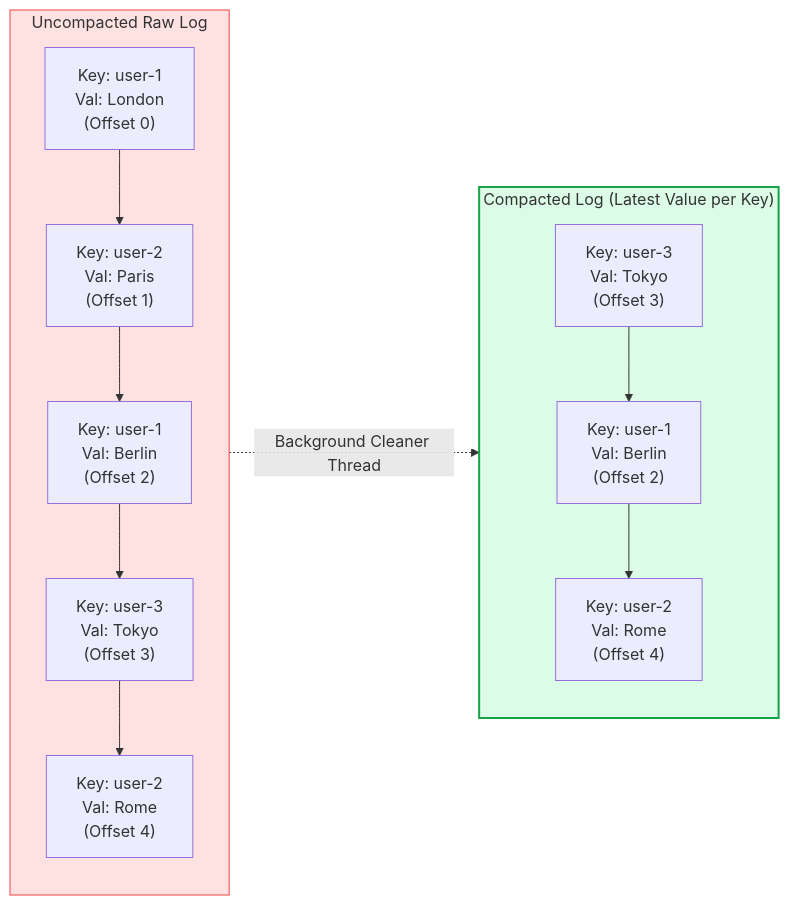
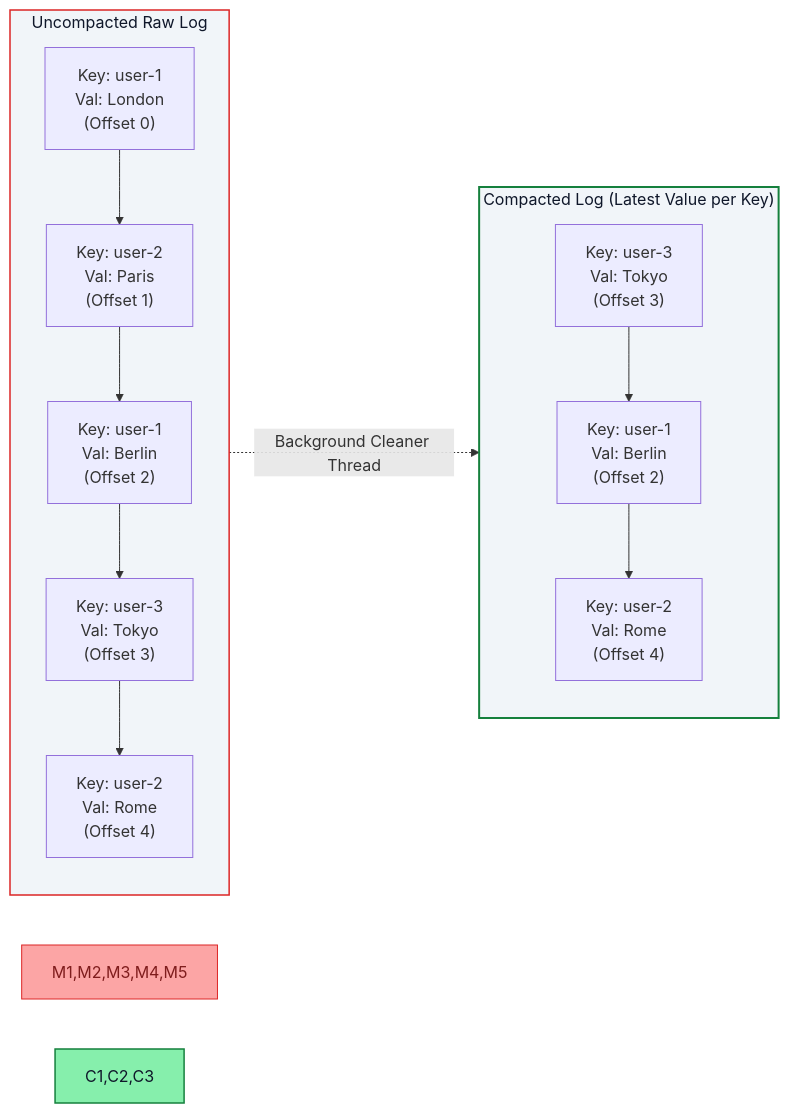
One commit to PandeyKishan/Study-Notes changed the third of 4 diagrams in 03-Apache-Kafka/04-KRaft-Schema-Registry-and-Streams.md. Above: the diagram before and after it, drawn with Mermaid. The commit also changed other lines of this file and 22 other files, not shown here.

Commit message:
docs: enhance diagram visibility with high-contrast palette and add concise book definitions

````diff
--- a/03-Apache-Kafka/04-KRaft-Schema-Registry-and-Streams.md
+++ b/03-Apache-Kafka/04-KRaft-Schema-Registry-and-Streams.md
@@ -157,23 +169,25 @@
 ```mermaid
 flowchart LR
     subgraph Dirty_Log["Uncompacted Raw Log"]
         M1["Key: user-1\nVal: London\n(Offset 0)"]
         M2["Key: user-2\nVal: Paris\n(Offset 1)"]
         M3["Key: user-1\nVal: Berlin\n(Offset 2)"]
         M4["Key: user-3\nVal: Tokyo\n(Offset 3)"]
         M5["Key: user-2\nVal: Rome\n(Offset 4)"]
         M1 --> M2 --> M3 --> M4 --> M5
     end
 
     subgraph Clean_Log["Compacted Log (Latest Value per Key)"]
         C1["Key: user-3\nVal: Tokyo\n(Offset 3)"]
         C2["Key: user-1\nVal: Berlin\n(Offset 2)"]
         C3["Key: user-2\nVal: Rome\n(Offset 4)"]
         C1 --> C2 --> C3
     end
 
     Dirty_Log -.->|Background Cleaner Thread| Clean_Log
 
-    style Dirty_Log fill:#fee2e2,stroke:#ef4444,stroke-width:1px
-    style Clean_Log fill:#dcfce7,stroke:#16a34a,stroke-width:2px
+    style Dirty_Log fill:#f1f5f9,stroke:#dc2626,stroke-width:1.5px,color:#0f172a
+    style Clean_Log fill:#f1f5f9,stroke:#15803d,stroke-width:2px,color:#0f172a
+    style M1,M2,M3,M4,M5 fill:#fca5a5,stroke:#dc2626,stroke-width:1px,color:#7f1d1d
+    style C1,C2,C3 fill:#86efac,stroke:#15803d,stroke-width:1.5px,color:#0f172a
 ```
````
